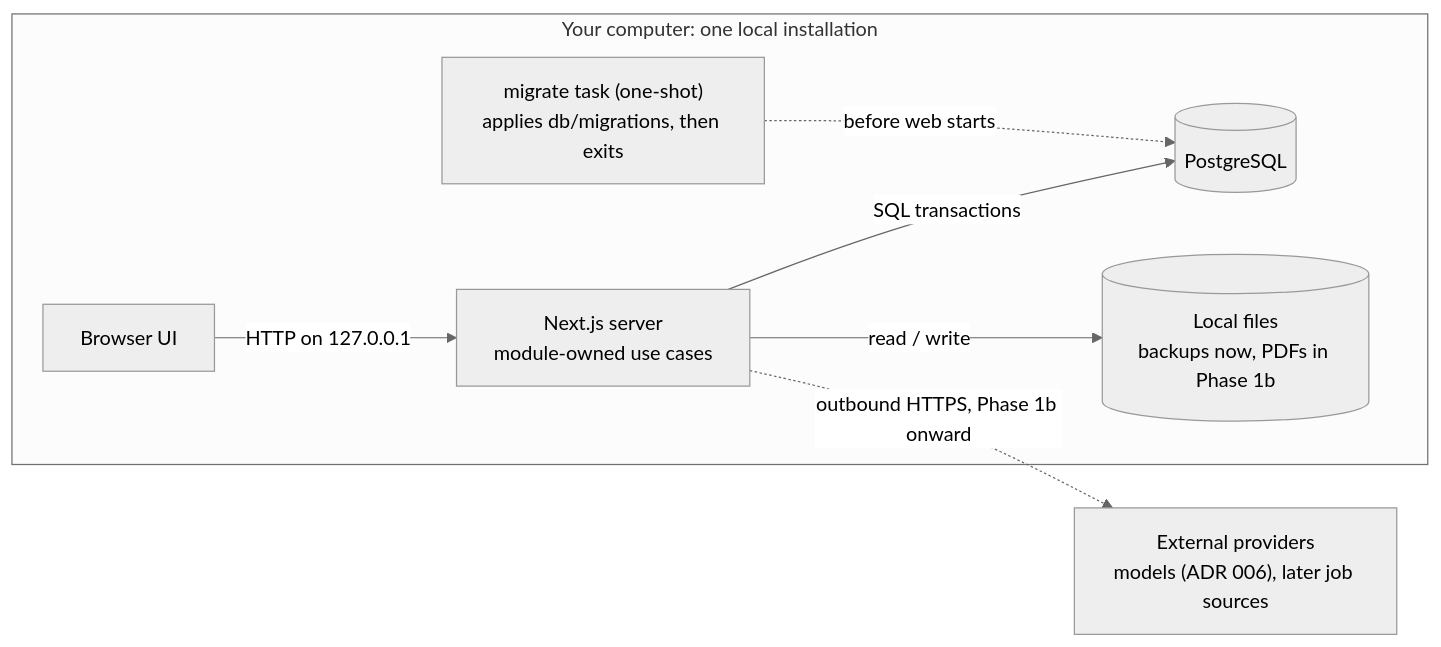
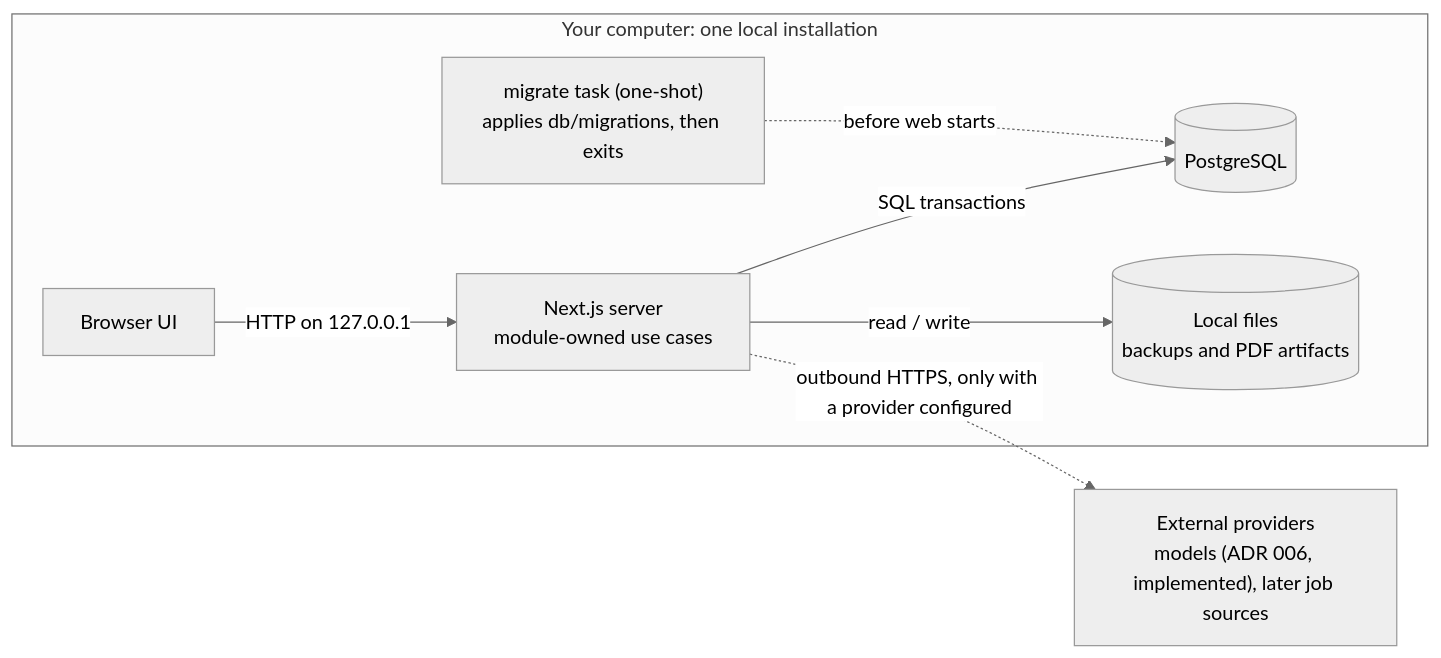
Before and after one commit to 3333444n/landed: the first of 2 diagrams in docs/03-system-and-modules.md, drawn with Mermaid (neutral theme). The commit also changed other lines of this file and 11 other files, not shown here.

````diff
--- a/docs/03-system-and-modules.md
+++ b/docs/03-system-and-modules.md
@@ -13,10 +13,10 @@
 ```mermaid
 flowchart LR
   subgraph local["Your computer: one local installation"]
     browser["Browser UI"] -->|"HTTP on 127.0.0.1"| app["Next.js server<br/>module-owned use cases"]
     app -->|"SQL transactions"| db[("PostgreSQL")]
-    app -->|"read / write"| files[("Local files<br/>backups now, PDFs in Phase 1b")]
+    app -->|"read / write"| files[("Local files<br/>backups and PDF artifacts")]
     migrate["migrate task (one-shot)<br/>applies db/migrations, then exits"] -.->|"before web starts"| db
   end
-  app -.->|"outbound HTTPS, Phase 1b onward"| providers["External providers<br/>models (ADR 006), later job sources"]
+  app -.->|"outbound HTTPS, only with a provider configured"| providers["External providers<br/>models (ADR 006, implemented), later job sources"]
 ```
````
